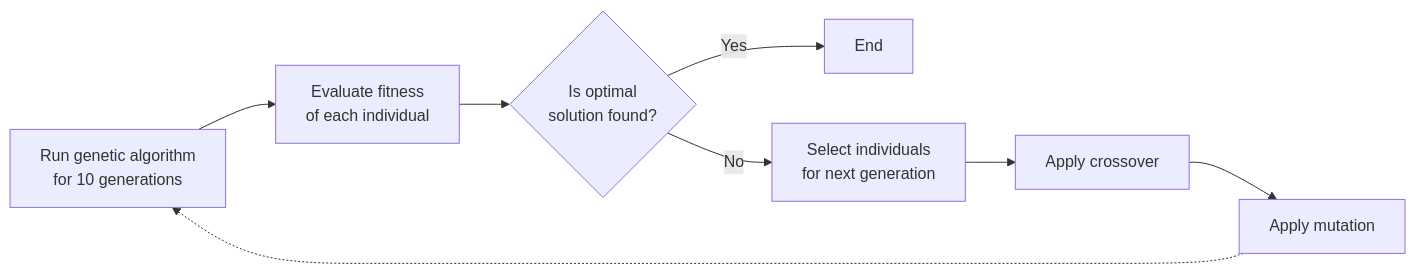
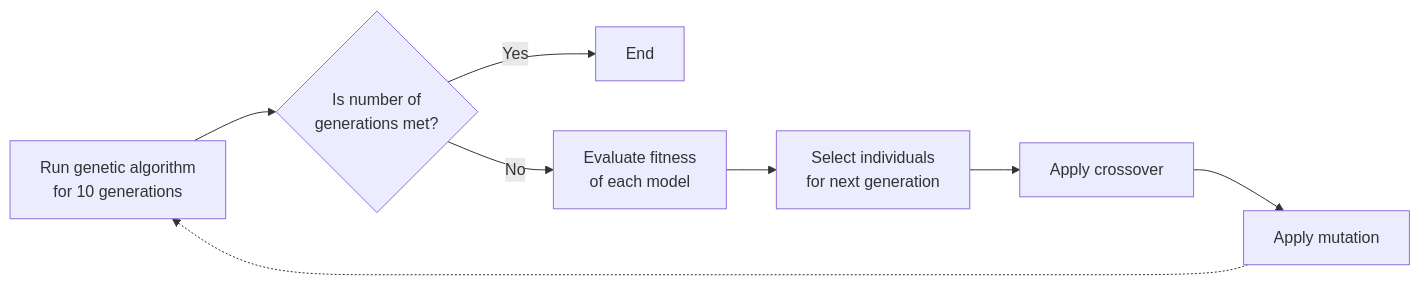
Before and after one commit to rtenacity/dark-matter-genetic: the fourth of 4 diagrams in slides/slides.md, drawn with Mermaid. The commit also changed other lines of this file and 2 other files, not shown here.

````diff
--- a/slides/slides.md
+++ b/slides/slides.md
@@ -264,10 +248,10 @@
 ```mermaid
   flowchart LR
-        J[Run genetic algorithm\nfor 10 generations] --> K[Evaluate fitness\nof each individual]
-        K --> L{Is optimal\nsolution found?}
+        J[Run genetic algorithm\nfor 10 generations] --> L{Is number of\n generations met?}
         L -->|Yes| M[End]
-        L -->|No| N[Select individuals\nfor next generation]
+        L -->|No| K[Evaluate fitness\nof each model]        
+        K --> N[Select individuals\nfor next generation]
         N --> O[Apply crossover]
         O --> P[Apply mutation]
         P -.-> J
 ```
````
